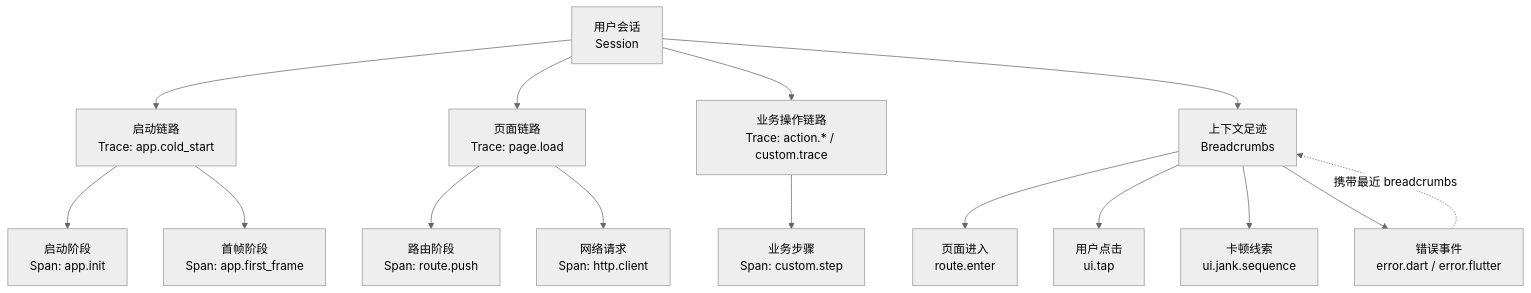
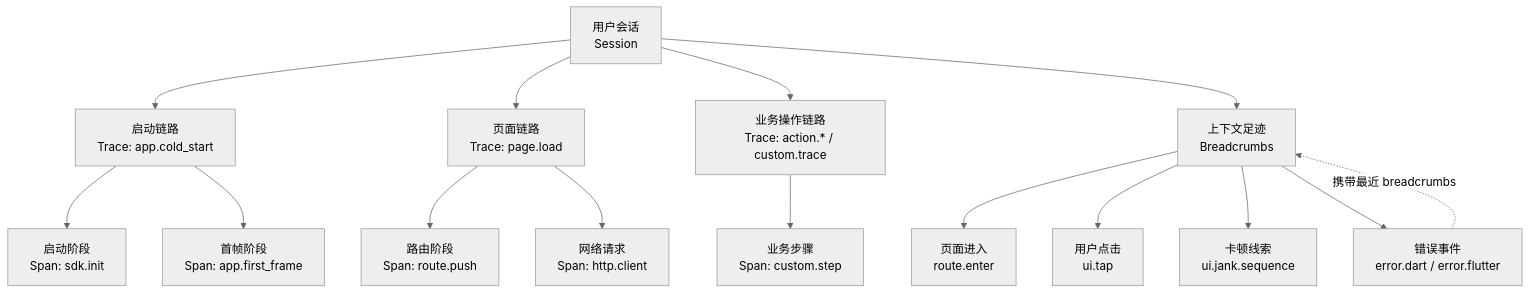
The second of 2 diagrams in docs/event_model.md (xinqingaa/flutter_monitor), drawn with Mermaid (neutral theme) before and after one commit. The commit also changed other lines of this file and 16 other files, not shown here.

````diff
--- a/docs/event_model.md
+++ b/docs/event_model.md
@@ -320,32 +327,32 @@
 ```mermaid
 flowchart TD
   Session["用户会话<br/>Session"]
   StartTrace["启动链路<br/>Trace: app.cold_start"]
   PageTrace["页面链路<br/>Trace: page.load"]
   ActionTrace["业务操作链路<br/>Trace: action.* / custom.trace"]
-  InitSpan["启动阶段<br/>Span: app.init"]
+  InitSpan["启动阶段<br/>Span: sdk.init"]
   FirstFrame["首帧阶段<br/>Span: app.first_frame"]
   RouteSpan["路由阶段<br/>Span: route.push"]
   HttpSpan["网络请求<br/>Span: http.client"]
   CustomSpan["业务步骤<br/>Span: custom.step"]
   Breadcrumbs["上下文足迹<br/>Breadcrumbs"]
   RouteBc["页面进入<br/>route.enter"]
   TapBc["用户点击<br/>ui.tap"]
   JankBc["卡顿线索<br/>ui.jank.sequence"]
   ErrorEvent["错误事件<br/>error.dart / error.flutter"]
 
   Session --> StartTrace
   Session --> PageTrace
   Session --> ActionTrace
   StartTrace --> InitSpan
   StartTrace --> FirstFrame
   PageTrace --> RouteSpan
   PageTrace --> HttpSpan
   ActionTrace --> CustomSpan
   Session --> Breadcrumbs
   Breadcrumbs --> RouteBc
   Breadcrumbs --> TapBc
   Breadcrumbs --> JankBc
   Breadcrumbs --> ErrorEvent
   ErrorEvent -.->|"携带最近 breadcrumbs"| Breadcrumbs
 ```
````
